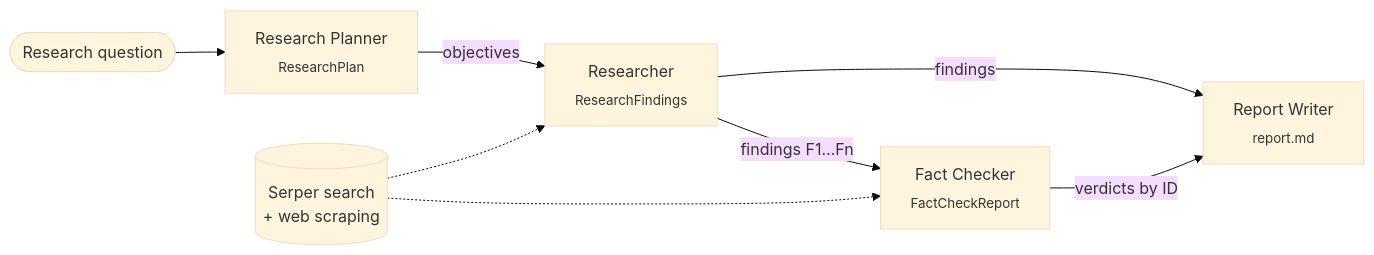
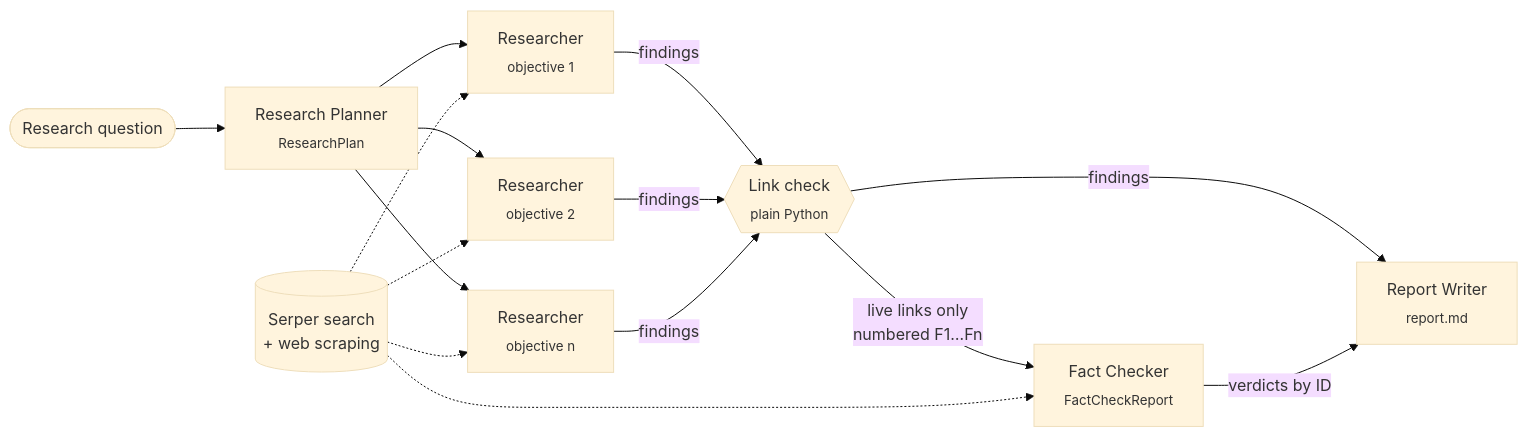
One commit to doodoobird189/research-agent changed the diagram in README.md. Above: the diagram before and after it, drawn with Mermaid (base theme). The commit also changed other lines of this file and 22 other files, not shown here.

First line of the commit message:
Move pipeline to a CrewAI Flow with parallel research per objective

````diff
--- a/README.md
+++ b/README.md
@@ -34,17 +35,21 @@
 ```mermaid
 flowchart LR
     Q([Research question]) --> P
 
     P["Research Planner<br/><sub>ResearchPlan</sub>"]
-    R["Researcher<br/><sub>ResearchFindings</sub>"]
+    R1["Researcher<br/><sub>objective 1</sub>"]
+    R2["Researcher<br/><sub>objective 2</sub>"]
+    R3["Researcher<br/><sub>objective n</sub>"]
+    L{{"Link check<br/><sub>plain Python</sub>"}}
     F["Fact Checker<br/><sub>FactCheckReport</sub>"]
     W["Report Writer<br/><sub>report.md</sub>"]
 
-    P -->|objectives| R
-    R -->|findings F1…Fn| F
-    R -->|findings| W
+    P --> R1 & R2 & R3
+    R1 & R2 & R3 -->|findings| L
+    L -->|"live links only<br/>numbered F1…Fn"| F
+    L -->|findings| W
     F -->|verdicts by ID| W
 
-    S[(Serper search<br/>+ web scraping)] -.-> R
+    S[(Serper search<br/>+ web scraping)] -.-> R1 & R2 & R3
     S -.-> F
 ```
````
